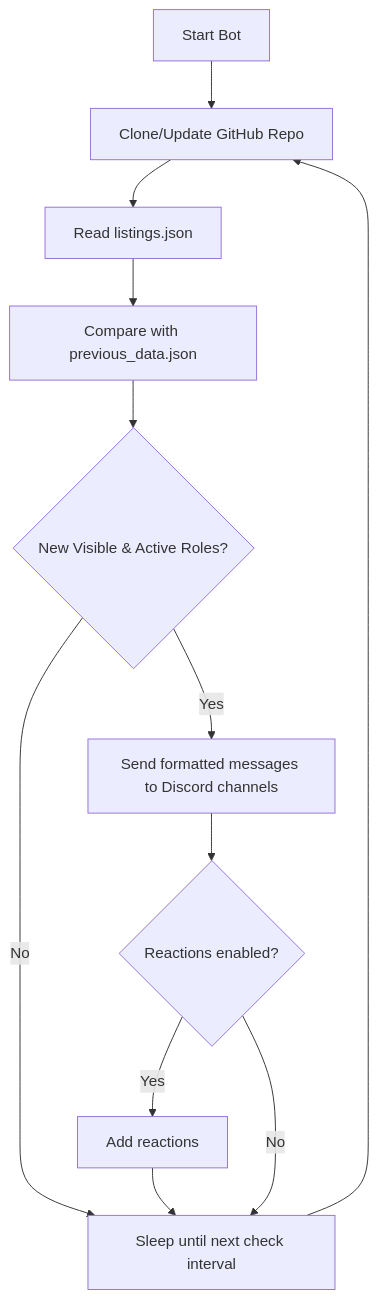
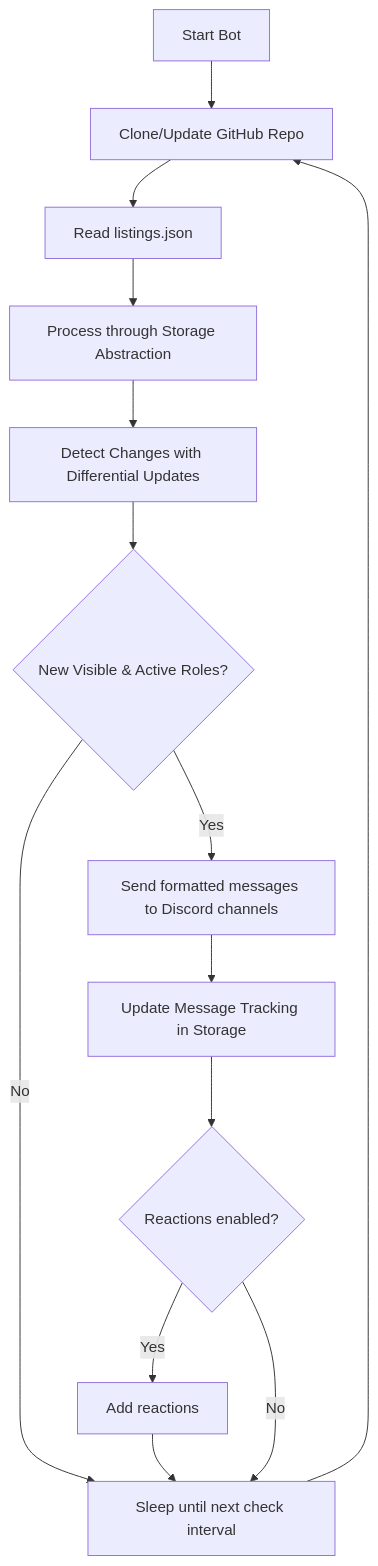
One commit to builtbybob/chatd-internships changed the first of 2 diagrams in README.md. Above: the diagram before and after it, drawn with Mermaid. The commit also changed other lines of this file and 22 other files, not shown here.

````diff
--- a/README.md
+++ b/README.md
@@ -25,14 +30,16 @@
 ```mermaid
 flowchart TD
    A[Start Bot] --> B[Clone/Update GitHub Repo]
    B --> C[Read listings.json]
-   C --> D[Compare with previous_data.json]
-   D --> E{New Visible & Active Roles?}
-   E -- Yes --> F[Send formatted messages to Discord channels]
-   E -- No --> K[Sleep until next check interval]
-   F --> L{Reactions enabled?}
-   L -- Yes --> G[Add reactions]
-   G --> K
-   L -- No --> K
-   K --> B
+   C --> D[Process through Storage Abstraction]
+   D --> E[Detect Changes with Differential Updates]
+   E --> F{New Visible & Active Roles?}
+   F -- Yes --> G[Send formatted messages to Discord channels]
+   F -- No --> M[Sleep until next check interval]
+   G --> H[Update Message Tracking in Storage]
+   H --> L{Reactions enabled?}
+   L -- Yes --> I[Add reactions]
+   I --> M
+   L -- No --> M
+   M --> B
 ```
````
